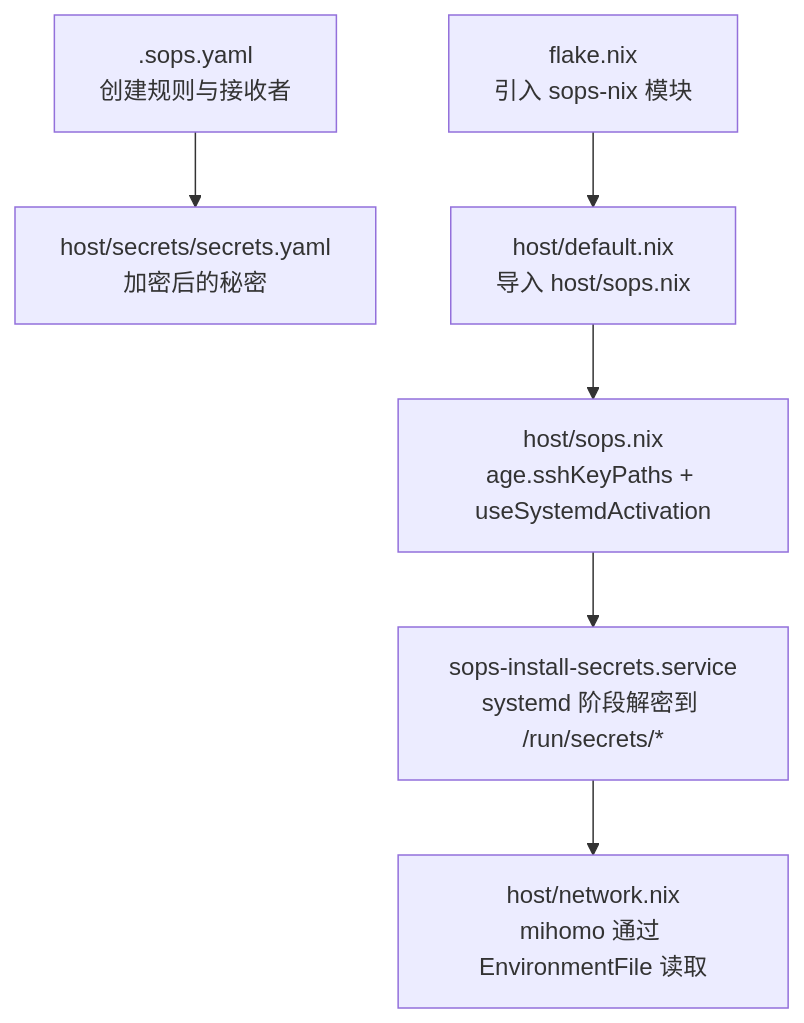
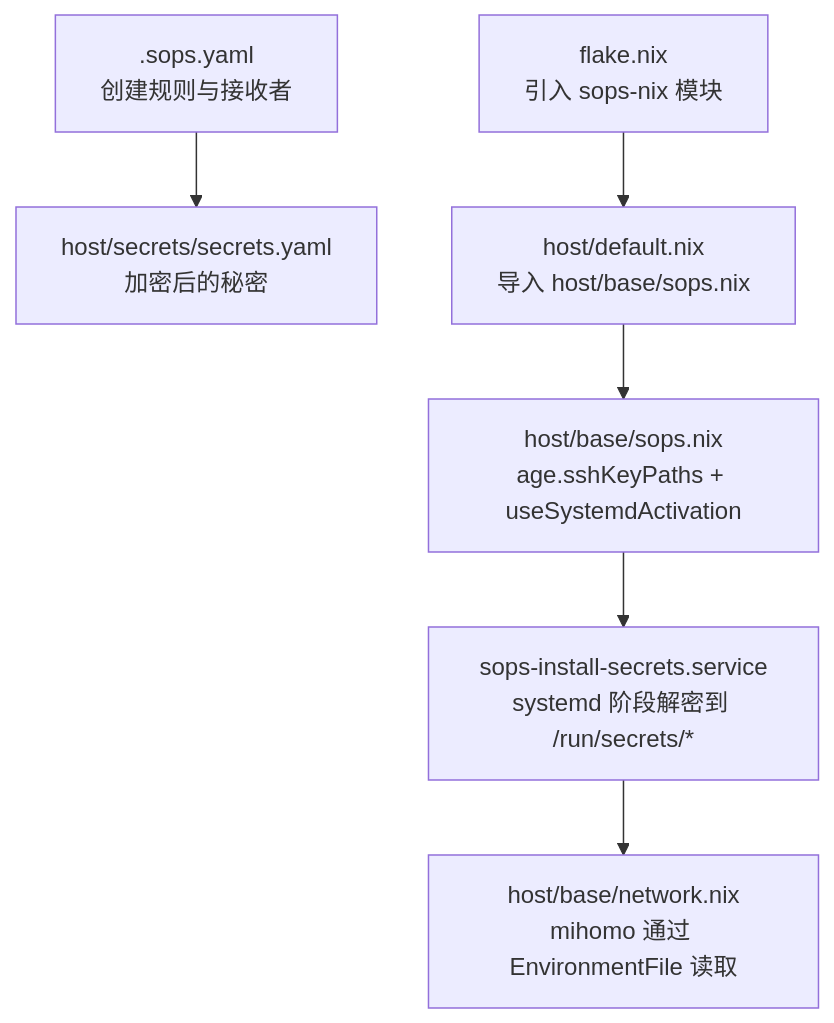
The first of 3 diagrams in wiki/security/sops.md (Shangshui0302/myNixOSConfig), drawn with Mermaid before and after one commit. The commit also changed other lines of this file and 53 other files, not shown here.

````diff
--- a/wiki/security/sops.md
+++ b/wiki/security/sops.md
@@ -33,8 +33,8 @@
 ```mermaid
 graph TB
 A[".sops.yaml<br/>创建规则与接收者"] --> B["host/secrets/secrets.yaml<br/>加密后的秘密"]
-C["flake.nix<br/>引入 sops-nix 模块"] --> D["host/default.nix<br/>导入 host/sops.nix"]
-D --> E["host/sops.nix<br/>age.sshKeyPaths + useSystemdActivation"]
+C["flake.nix<br/>引入 sops-nix 模块"] --> D["host/default.nix<br/>导入 host/base/sops.nix"]
+D --> E["host/base/sops.nix<br/>age.sshKeyPaths + useSystemdActivation"]
 E --> F["sops-install-secrets.service<br/>systemd 阶段解密到 /run/secrets/*"]
-F --> G["host/network.nix<br/>mihomo 通过 EnvironmentFile 读取"]
+F --> G["host/base/network.nix<br/>mihomo 通过 EnvironmentFile 读取"]
 ```
````
